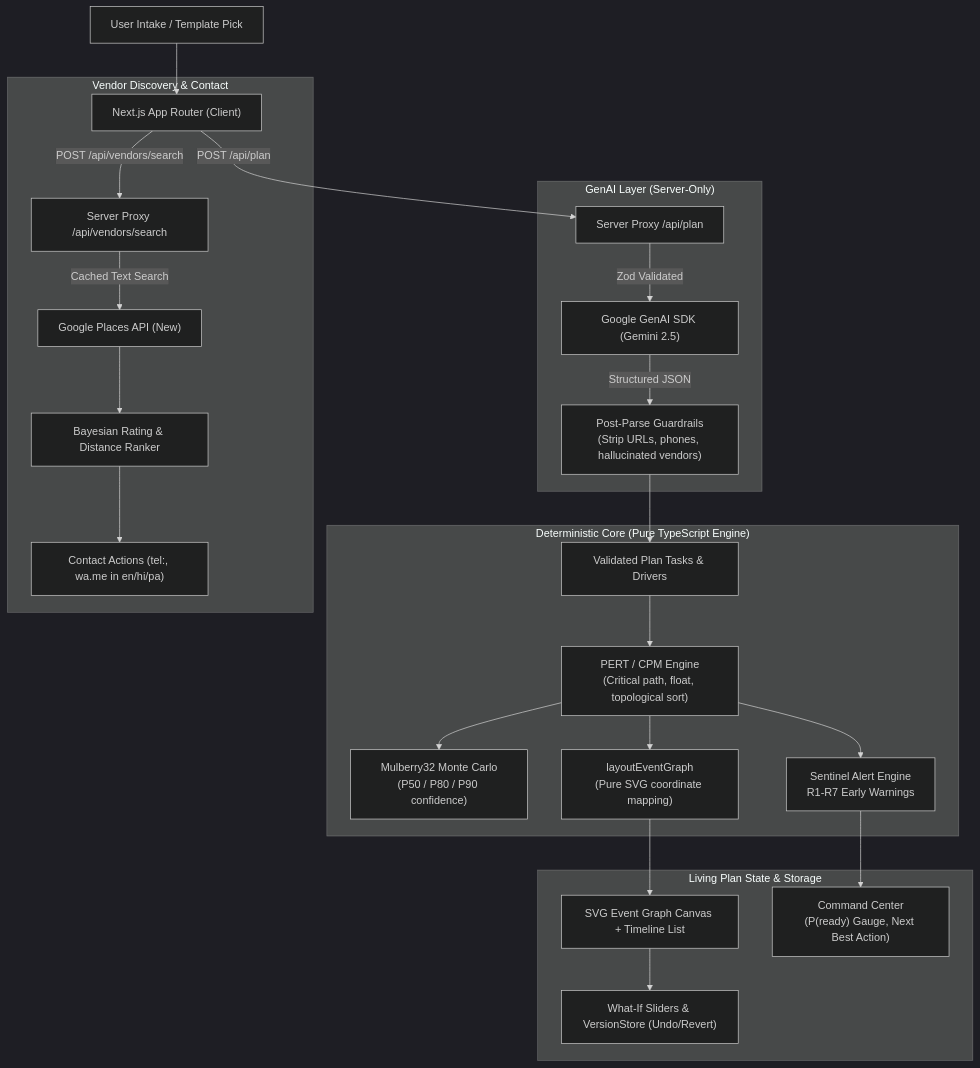
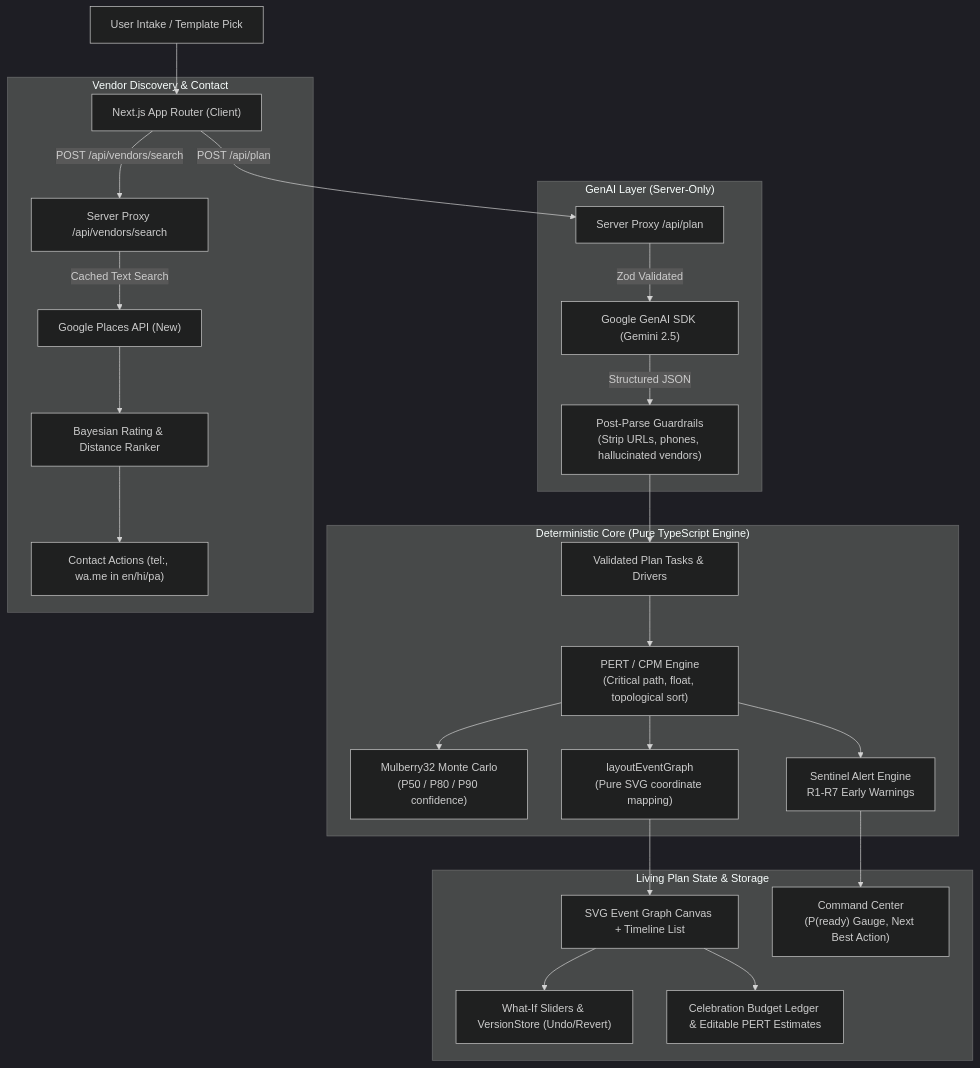
One commit to swaritbkp/PW_VR_oc_5 changed the diagram in README.md. Above: the diagram before and after it, drawn with Mermaid (dark theme). The commit also changed other lines of this file and 5 other files, not shown here.

````diff
--- a/README.md
+++ b/README.md
@@ -27,31 +30,32 @@
 ```mermaid
 flowchart TD
     User["User Intake / Template Pick"] --> ClientAPI["Next.js App Router (Client)"]
     ClientAPI -->|POST /api/plan| PlanRoute["Server Proxy /api/plan"]
 
     subgraph "GenAI Layer (Server-Only)"
         PlanRoute -->|Zod Validated| Gemini["Google GenAI SDK (Gemini 2.5)"]
         Gemini -->|Structured JSON| Guardrails["Post-Parse Guardrails\n(Strip URLs, phones, hallucinated vendors)"]
     end
 
     subgraph "Deterministic Core (Pure TypeScript Engine)"
         Guardrails --> PlanTasks["Validated Plan Tasks & Drivers"]
         PlanTasks --> CPM["PERT / CPM Engine\n(Critical path, float, topological sort)"]
         CPM --> MonteCarlo["Mulberry32 Monte Carlo\n(P50 / P80 / P90 confidence)"]
         CPM --> Layout["layoutEventGraph\n(Pure SVG coordinate mapping)"]
         CPM --> Sentinel["Sentinel Alert Engine\nR1-R7 Early Warnings"]
     end
 
     subgraph "Vendor Discovery & Contact"
         ClientAPI -->|POST /api/vendors/search| PlacesRoute["Server Proxy /api/vendors/search"]
         PlacesRoute -->|Cached Text Search| GooglePlaces["Google Places API (New)"]
         GooglePlaces --> Ranker["Bayesian Rating & Distance Ranker"]
         Ranker --> Contact["Contact Actions (tel:, wa.me in en/hi/pa)"]
     end
 
     subgraph "Living Plan State & Storage"
         Layout --> Canvas["SVG Event Graph Canvas + Timeline List"]
         Sentinel --> CommandCenter["Command Center\n(P(ready) Gauge, Next Best Action)"]
         Canvas --> WhatIf["What-If Sliders & VersionStore (Undo/Revert)"]
+        Canvas --> Ledger["Celebration Budget Ledger & Editable PERT Estimates"]
     end
 ```
````
